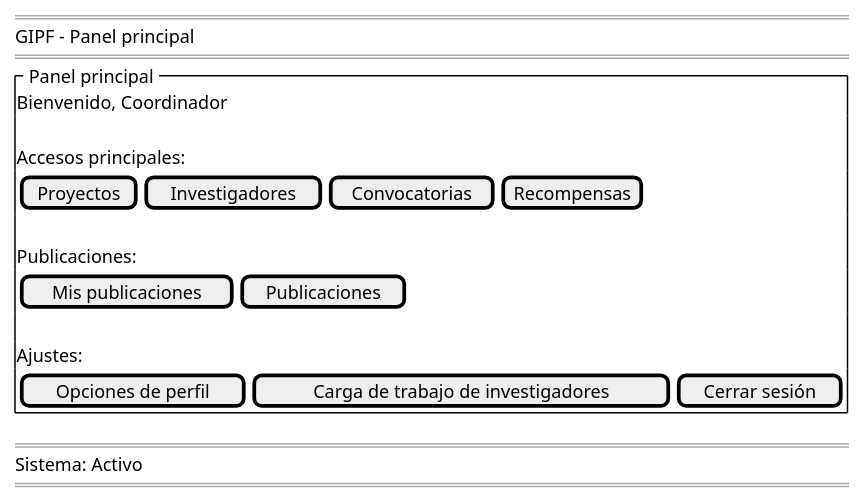
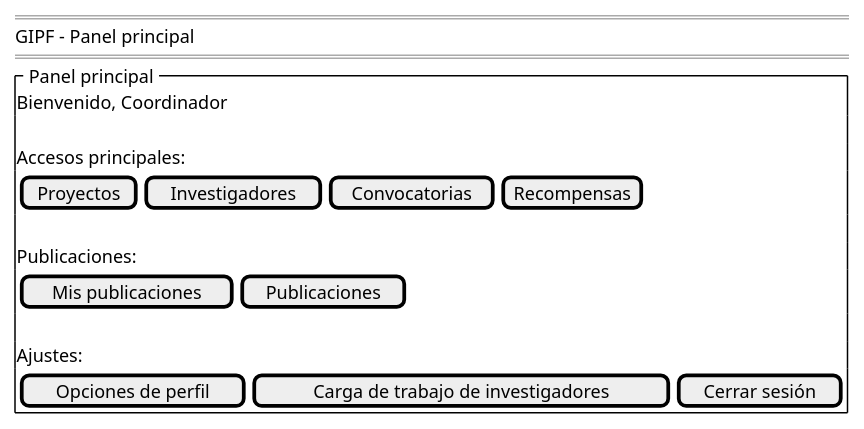
The diagram in documents/casosDeUso/detalle/coordinador/01-panel-principal/abrirPanelPrincipal/prototipo/prototipo.puml (31Diego/25-26-IdSw1-SdR), drawn with PlantUML before and after one commit. The commit also changed 16 other files, not shown here.

```diff
--- a/documents/casosDeUso/detalle/coordinador/01-panel-principal/abrirPanelPrincipal/prototipo/prototipo.puml
+++ b/documents/casosDeUso/detalle/coordinador/01-panel-principal/abrirPanelPrincipal/prototipo/prototipo.puml
@@ -1,29 +1,26 @@
 @startsalt abrirPanelPrincipal-wireframe
 {
     ====
     GIPF - Panel principal
     ====
     {^" Panel principal "
         Bienvenido, Coordinador
 
         .
         Accesos principales:
         {
             [Proyectos] | [Investigadores] | [Convocatorias] | [Recompensas]
         }
         .
         Publicaciones:
         {
             [Mis publicaciones] | [Publicaciones]
         }
         .
         Ajustes:
         {
             [Opciones de perfil] | [Carga de trabajo de investigadores] | [Cerrar sesión]
         }
     }
-    ====
-    Sistema: Activo
-    ====
 }
 @endsalt
```
